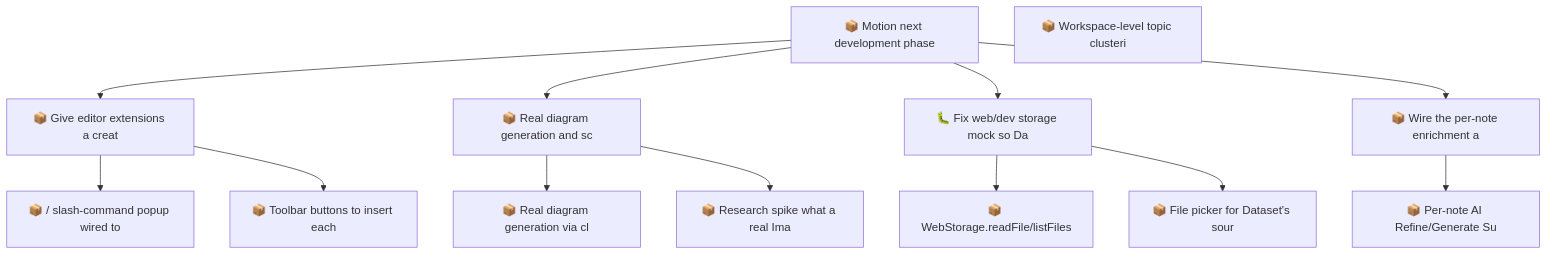
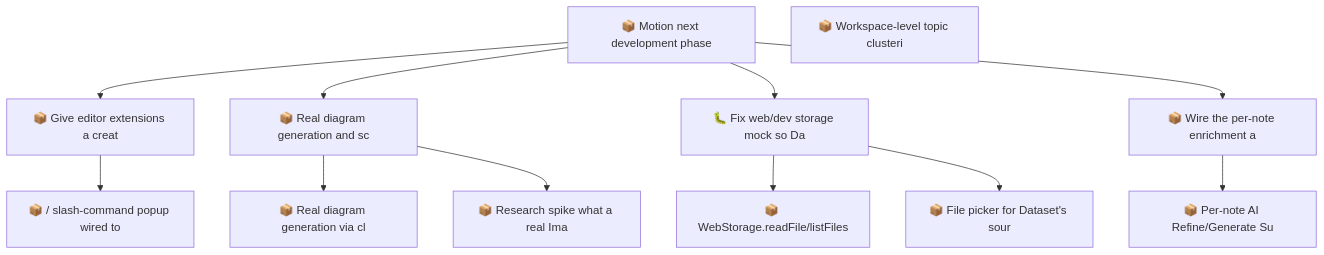
One commit to SpillwaveSolutions/motion changed the second of 2 diagrams in docs/roadmap.md. Above: the diagram before and after it, drawn with Mermaid. The commit also changed other lines of this file and 9 other files, not shown here.

````diff
--- a/docs/roadmap.md
+++ b/docs/roadmap.md
@@ -81,27 +84,25 @@
 ```mermaid
 graph TD
     01KYFZ6RBHA5DRP85QQ0EHTAJ6["📦 Give editor extensions a creat"]
     01KYFZ6RBHABFSC9K9NJ90168Q["📦 Motion next development phase"]
     01KYFZ6RBHBTXGWG8HREAG8AG9["📦 / slash-command popup wired to"]
-    01KYFZ6RBHZQWH62SK631C3H1K["📦 Toolbar buttons to insert each"]
     01KYFZ6RBJ18SB2ZCSFK06BNJ2["📦 WebStorage.readFile/listFiles"]
     01KYFZ6RBJ5718M3GQPAB76RHS["📦 Real diagram generation and sc"]
     01KYFZ6RBJC07FEQ0FT0KQ302M["🐛 Fix web/dev storage mock so Da"]
     01KYFZ6RBJCWMMF7THJZFB6943["📦 Real diagram generation via cl"]
     01KYFZ6RBJEYPZ9RX0F86490TM["📦 Research spike what a real Ima"]
     01KYFZ6RBJT7FG0G30WYS3YF6Q["📦 File picker for Dataset's sour"]
     01KYFZ6RBJV920SFW0MAN9MX9J["📦 Wire the per-note enrichment a"]
     01KYFZ6RBJZNYDT9AK2V0RA11T["📦 Per-note AI Refine/Generate Su"]
     01KYFZ8RGR06XBSG9CH4TEWYJY["📦 Workspace-level topic clusteri"]
     01KYFZ6RBHABFSC9K9NJ90168Q --> 01KYFZ6RBHA5DRP85QQ0EHTAJ6
     01KYFZ6RBHA5DRP85QQ0EHTAJ6 --> 01KYFZ6RBHBTXGWG8HREAG8AG9
-    01KYFZ6RBHA5DRP85QQ0EHTAJ6 --> 01KYFZ6RBHZQWH62SK631C3H1K
     01KYFZ6RBJC07FEQ0FT0KQ302M --> 01KYFZ6RBJ18SB2ZCSFK06BNJ2
     01KYFZ6RBHABFSC9K9NJ90168Q --> 01KYFZ6RBJ5718M3GQPAB76RHS
     01KYFZ6RBHABFSC9K9NJ90168Q --> 01KYFZ6RBJC07FEQ0FT0KQ302M
     01KYFZ6RBJ5718M3GQPAB76RHS --> 01KYFZ6RBJCWMMF7THJZFB6943
     01KYFZ6RBJ5718M3GQPAB76RHS --> 01KYFZ6RBJEYPZ9RX0F86490TM
     01KYFZ6RBJC07FEQ0FT0KQ302M --> 01KYFZ6RBJT7FG0G30WYS3YF6Q
     01KYFZ6RBHABFSC9K9NJ90168Q --> 01KYFZ6RBJV920SFW0MAN9MX9J
     01KYFZ6RBJV920SFW0MAN9MX9J --> 01KYFZ6RBJZNYDT9AK2V0RA11T
 ```
````
